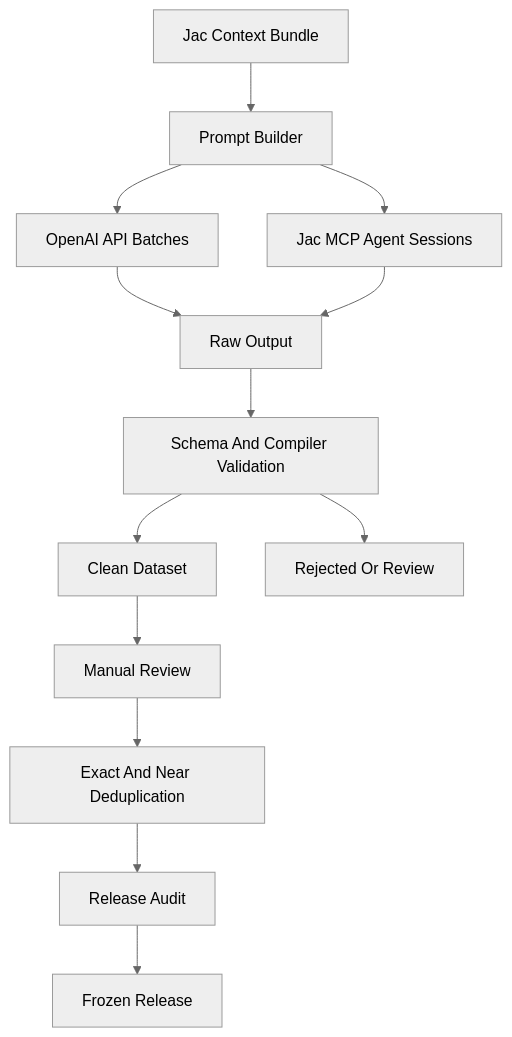
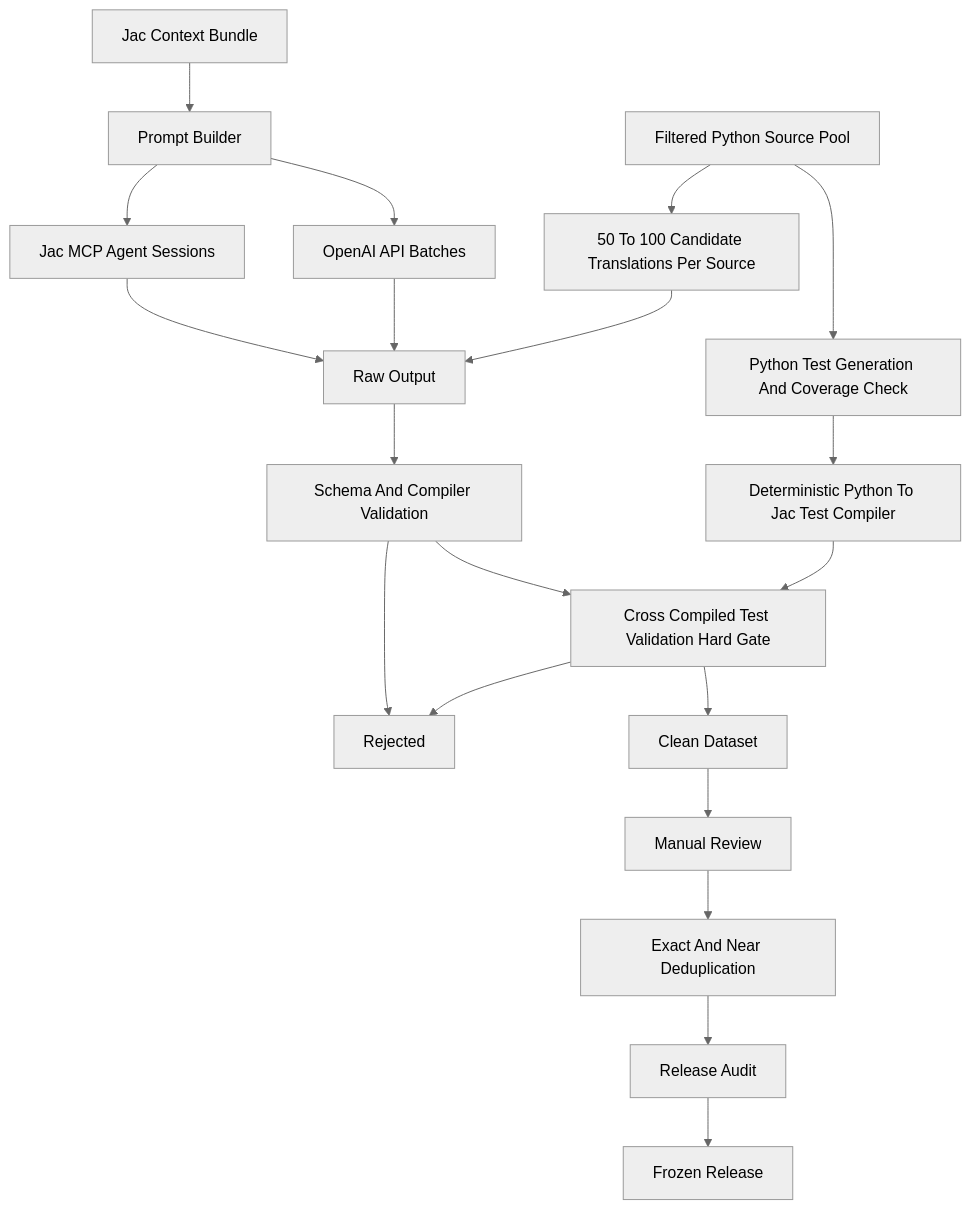
Before and after one commit to jaseci-labs/Jac_Model_Experiments: the diagram in docs/pipeline.md, drawn with Mermaid (neutral theme). The commit also changed other lines of this file and 27 other files, not shown here.

````diff
--- a/docs/pipeline.md
+++ b/docs/pipeline.md
@@ -5,15 +5,22 @@
 ```mermaid
 flowchart TD
     ContextBundle[Jac Context Bundle] --> PromptBuilder[Prompt Builder]
+    PythonSource[Filtered Python Source Pool] --> TestGen[Python Test Generation And Coverage Check]
+    TestGen --> TestCompiler[Deterministic Python To Jac Test Compiler]
     PromptBuilder --> OpenAI[OpenAI API Batches]
     PromptBuilder --> AgentSession[Jac MCP Agent Sessions]
-    OpenAI --> RawArtifacts[Raw Output]
+    PythonSource --> MultiCandidate[50 To 100 Candidate Translations Per Source]
+    MultiCandidate --> RawArtifacts[Raw Output]
+    OpenAI --> RawArtifacts
     AgentSession --> RawArtifacts
     RawArtifacts --> Validation[Schema And Compiler Validation]
-    Validation --> CleanDataset[Clean Dataset]
-    Validation --> Rejected[Rejected Or Review]
+    Validation --> CrossCompiledTests[Cross Compiled Test Validation Hard Gate]
+    TestCompiler --> CrossCompiledTests
+    CrossCompiledTests --> CleanDataset[Clean Dataset]
+    CrossCompiledTests --> Rejected[Rejected]
+    Validation --> Rejected
     CleanDataset --> ManualReview[Manual Review]
     ManualReview --> Deduplication[Exact And Near Deduplication]
     Deduplication --> Audit[Release Audit]
     Audit --> FrozenRelease[Frozen Release]
 ```
````
